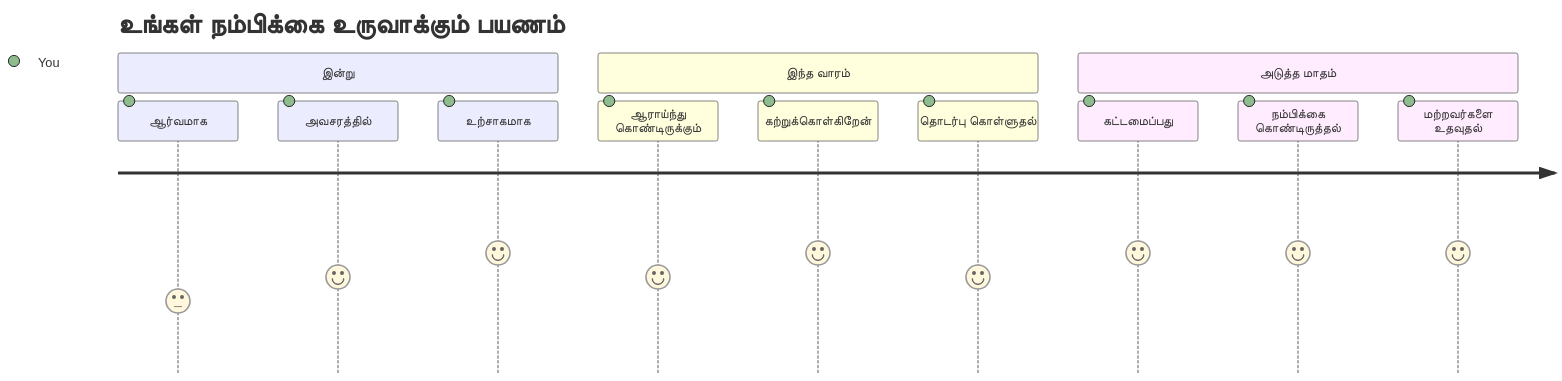
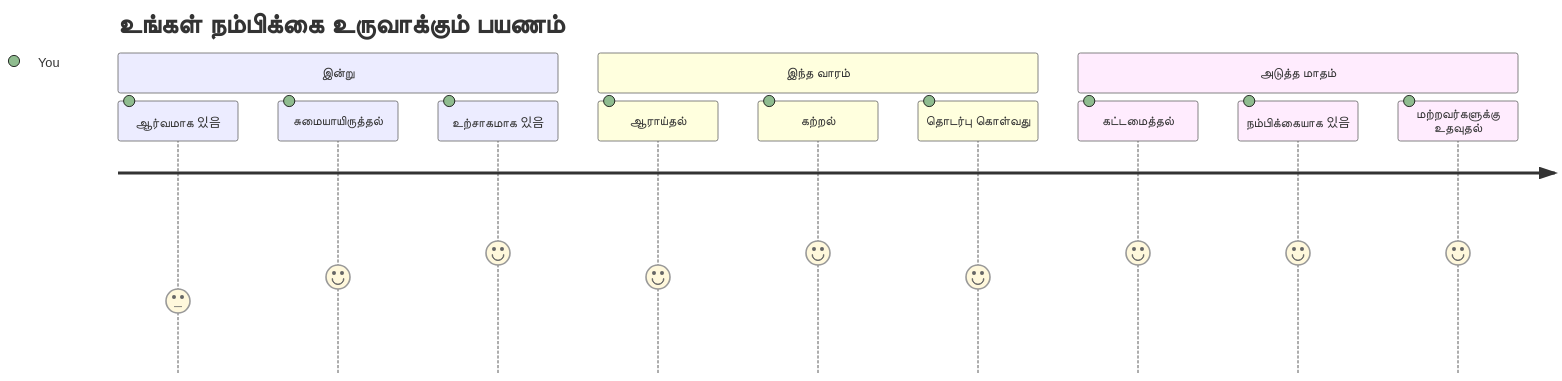
Before and after one commit to microsoft/Web-Dev-For-Beginners: the seventh of 7 diagrams in translations/ta/1-getting-started-lessons/1-intro-to-programming-languages/README.md, drawn with Mermaid. The commit also changed other lines of this file and 11 other files, not shown here.

````diff
--- a/translations/ta/1-getting-started-lessons/1-intro-to-programming-languages/README.md
+++ b/translations/ta/1-getting-started-lessons/1-intro-to-programming-languages/README.md
@@ -831,16 +824,16 @@
 ```mermaid
 journey
     title உங்கள் நம்பிக்கை உருவாக்கும் பயணம்
     section இன்று
-      ஆர்வமாக: 3: You
-      அவசரத்தில்: 4: You
-      உற்சாகமாக: 5: You
+      ஆர்வமாக 있음: 3: You
+      சுமையாயிருத்தல்: 4: You
+      உற்சாகமாக 있음: 5: You
     section இந்த வாரம்
-      ஆராய்ந்து கொண்டிருக்கும்: 4: You
-      கற்றுக்கொள்கிறேன்: 5: You
-      தொடர்பு கொள்ளுதல்: 4: You
+      ஆராய்தல்: 4: You
+      கற்றல்: 5: You
+      தொடர்பு கொள்வது: 4: You
     section அடுத்த மாதம்
-      கட்டமைப்பது: 5: You
-      நம்பிக்கை கொண்டிருத்தல்: 5: You
-      மற்றவர்களை உதவுதல்: 5: You
+      கட்டமைத்தல்: 5: You
+      நம்பிக்கையாக 있음: 5: You
+      மற்றவர்களுக்கு உதவுதல்: 5: You
 ```
````
